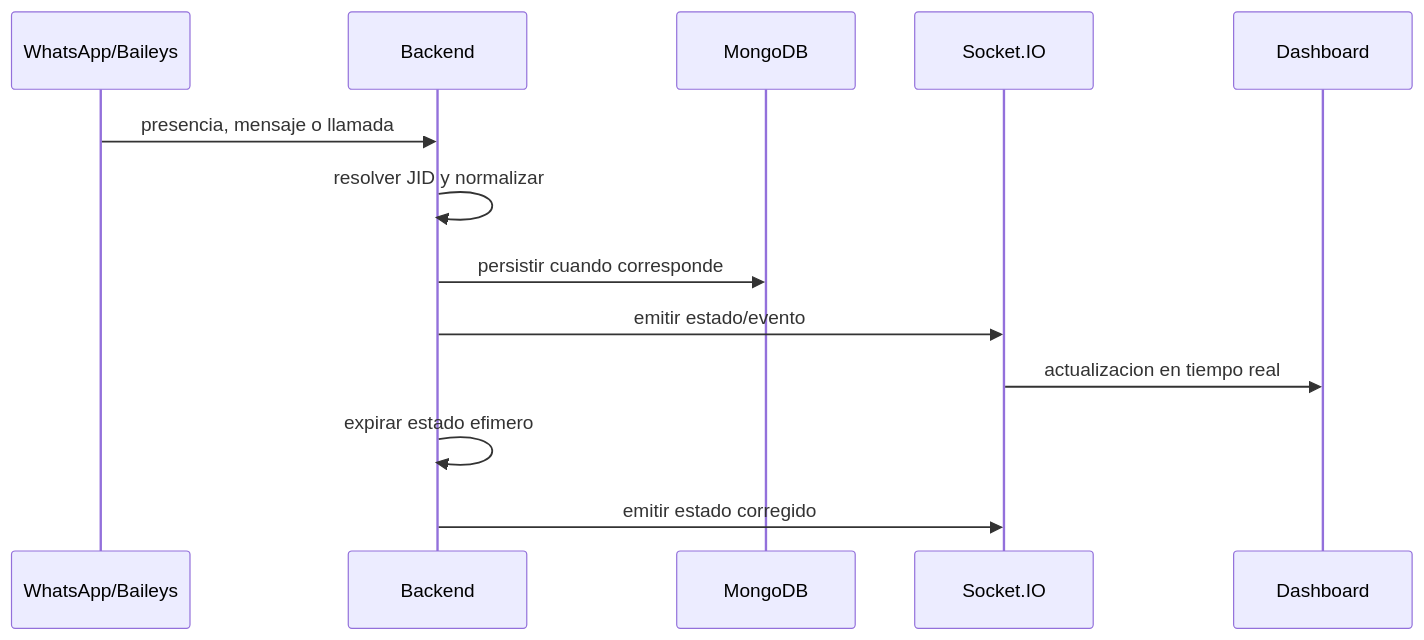
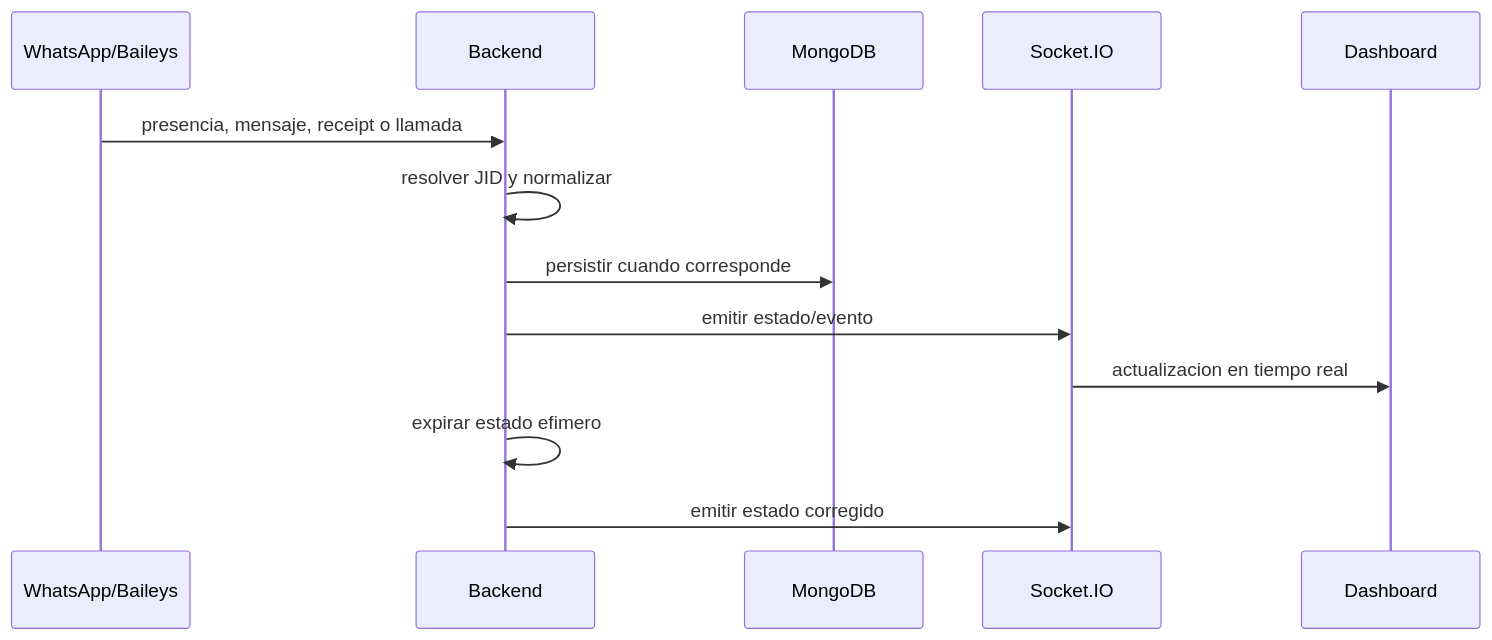
One commit to deco31416/wp-monitor changed the third of 4 diagrams in docs/architecture/data-and-events.md. Above: the diagram before and after it, drawn with Mermaid. The commit also changed other lines of this file and 45 other files, not shown here.

````diff
--- a/docs/architecture/data-and-events.md
+++ b/docs/architecture/data-and-events.md
@@ -74,16 +75,16 @@
 ```mermaid
 sequenceDiagram
     participant WA as WhatsApp/Baileys
     participant API as Backend
     participant DB as MongoDB
     participant IO as Socket.IO
     participant UI as Dashboard
 
-    WA->>API: presencia, mensaje o llamada
+    WA->>API: presencia, mensaje, receipt o llamada
     API->>API: resolver JID y normalizar
     API->>DB: persistir cuando corresponde
     API->>IO: emitir estado/evento
     IO->>UI: actualizacion en tiempo real
     API->>API: expirar estado efimero
     API->>IO: emitir estado corregido
 ```
````
